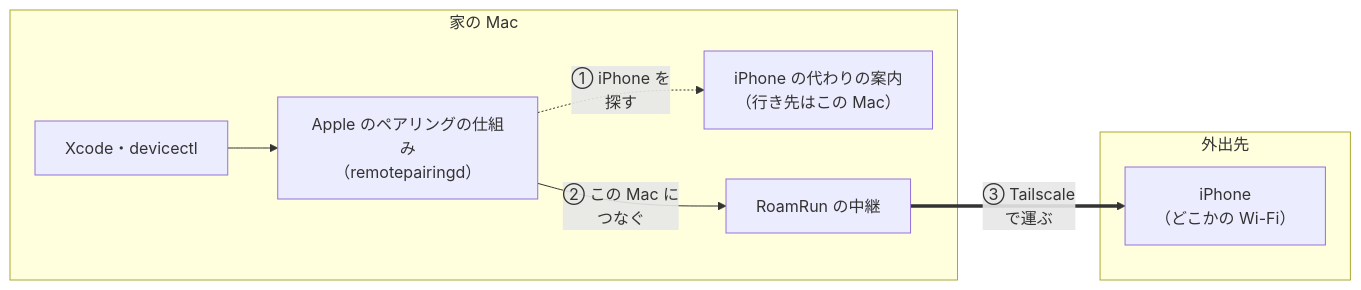
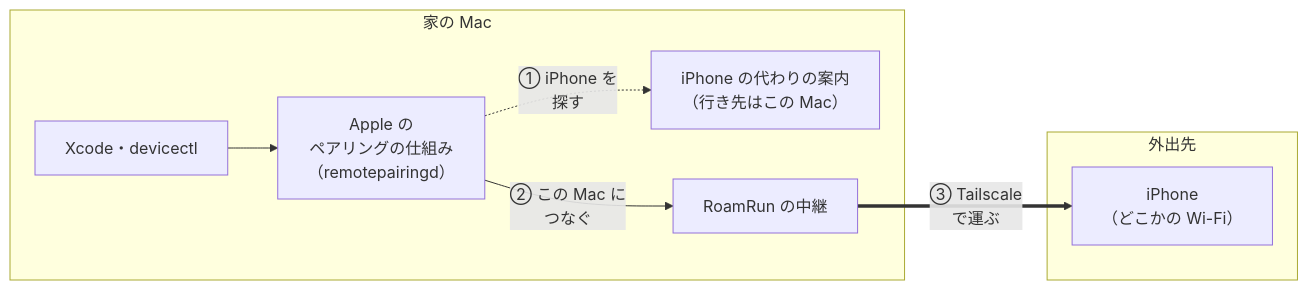
Before and after one commit to mh-mobile/zenn_docs: the first of 13 diagrams in articles/4380fe7546a237.md, drawn with Mermaid. The commit also changed other lines of this file, not shown here.

Commit message:
RoamRunの記事：図の箱の折り返しを直す

````diff
--- a/articles/4380fe7546a237.md
+++ b/articles/4380fe7546a237.md
@@ -66,14 +66,14 @@
 ```mermaid
 flowchart LR
   subgraph mac["家の Mac"]
-    xcode["Xcode・devicectl"] --> rpd["Apple のペアリングの仕組み<br/>（remotepairingd）"]
+    xcode["Xcode・devicectl"] --> rpd["Apple の<br/>ペアリングの仕組み<br/>（remotepairingd）"]
     fake["iPhone の代わりの案内<br/>（行き先はこの Mac）"]
     relay["RoamRun の中継"]
   end
   subgraph away["外出先"]
     iphone["iPhone<br/>（どこかの Wi-Fi）"]
   end
   rpd -. "① iPhone を<br/>探す" .-> fake
   rpd -- "② この Mac に<br/>つなぐ" --> relay
   relay == "③ Tailscale<br/>で運ぶ" ==> iphone
 ```
````
